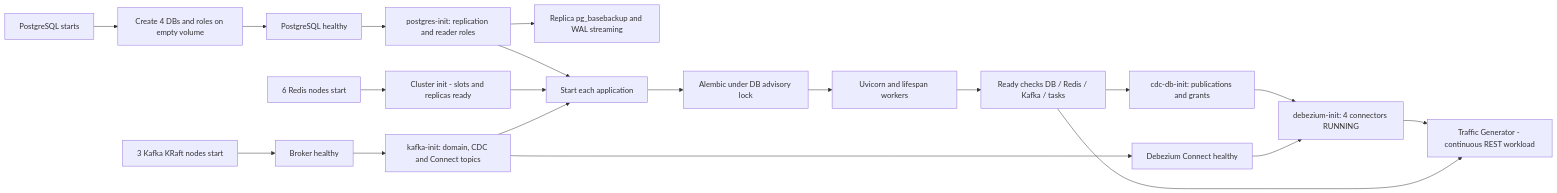
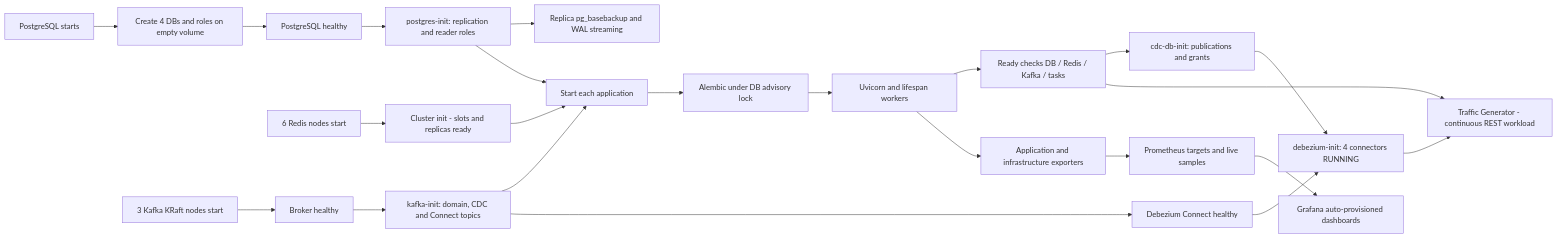
Before and after one commit to Huy-8bit/interview: the diagram in lab/docs/diagrams/sources/startup-dependencies.mmd, drawn with Mermaid. The commit also changed 141 other files, not shown here.

```diff
--- a/lab/docs/diagrams/sources/startup-dependencies.mmd
+++ b/lab/docs/diagrams/sources/startup-dependencies.mmd
@@ -1,21 +1,24 @@
 flowchart LR
     %% diagram: startup-dependencies
     postgres["PostgreSQL starts"] --> dbInit["Create 4 DBs and roles on empty volume"]
     dbInit --> pgReady["PostgreSQL healthy"]
     redis["6 Redis nodes start"] --> redisReady["Cluster init - slots and replicas ready"]
     kafka["3 Kafka KRaft nodes start"] --> brokerReady["Broker healthy"]
     brokerReady --> topicInit["kafka-init: domain, CDC and Connect topics"]
     pgReady --> replicationInit["postgres-init: replication and reader roles"]
     replicationInit --> replica["Replica pg_basebackup and WAL streaming"]
     replicationInit --> appStart["Start each application"]
     redisReady --> appStart
     topicInit --> appStart
     appStart --> migration["Alembic under DB advisory lock"]
     migration --> api["Uvicorn and lifespan workers"]
     api --> readiness["Ready checks DB / Redis / Kafka / tasks"]
     readiness --> cdcInit["cdc-db-init: publications and grants"]
     topicInit --> connect["Debezium Connect healthy"]
     cdcInit --> register["debezium-init: 4 connectors RUNNING"]
     connect --> register
     register --> traffic["Traffic Generator - continuous REST workload"]
+    api --> metrics["Application and infrastructure exporters"]
+    metrics --> prometheus["Prometheus targets and live samples"]
+    prometheus --> grafana["Grafana auto-provisioned dashboards"]
     readiness --> traffic
```
